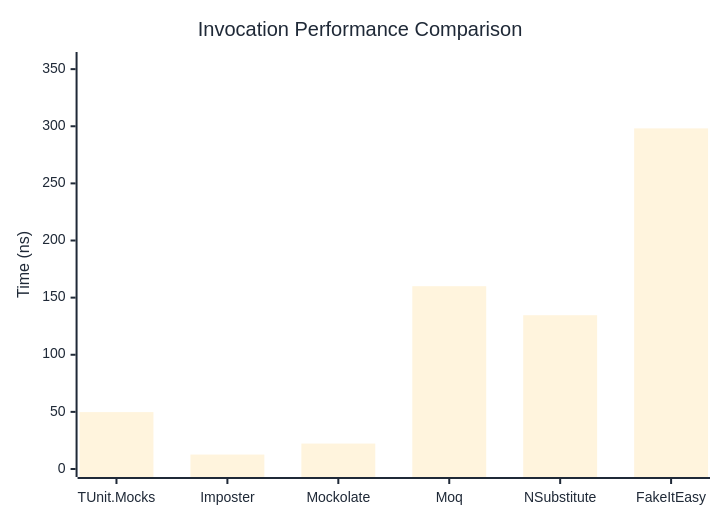
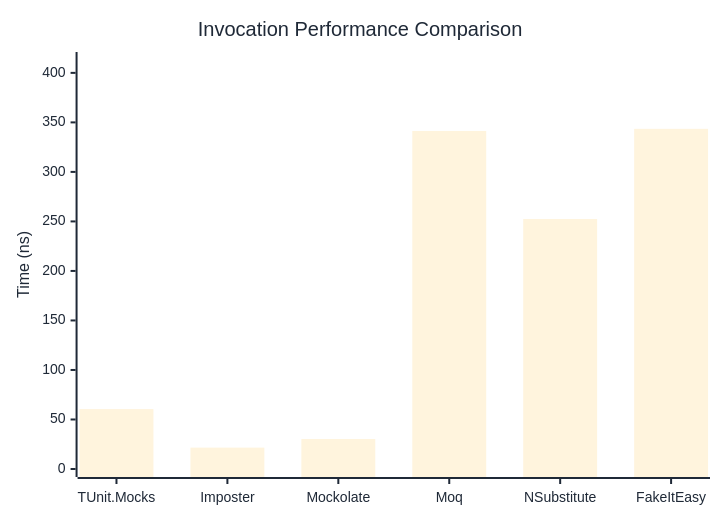
The second of 3 diagrams in docs/docs/benchmarks/mocks/Invocation.md (thomhurst/TUnit), drawn with Mermaid before and after one commit. The commit also changed other lines of this file and 14 other files, not shown here.

````diff
--- a/docs/docs/benchmarks/mocks/Invocation.md
+++ b/docs/docs/benchmarks/mocks/Invocation.md
@@ -71,27 +71,27 @@
 ```mermaid
 %%{init: {
   'theme':'base',
   'themeVariables': {
     'primaryColor': '#2563eb',
     'primaryTextColor': '#1f2937',
     'primaryBorderColor': '#1e40af',
     'lineColor': '#6b7280',
     'secondaryColor': '#7c3aed',
     'tertiaryColor': '#dc2626',
     'background': '#ffffff',
     'pie1': '#2563eb',
     'pie2': '#7c3aed',
     'pie3': '#dc2626',
     'pie4': '#f59e0b',
     'pie5': '#10b981',
     'pie6': '#06b6d4',
     'pie7': '#ec4899',
     'pie8': '#6366f1'
   }
 }}%%
 xychart-beta
   title "Invocation Performance Comparison"
   x-axis ["TUnit.Mocks", "Imposter", "Mockolate", "Moq", "NSubstitute", "FakeItEasy"]
-  y-axis "Time (ns)" 0 --> 358
-  bar [49.81, 12.65, 22.27, 160.02, 134.6, 298.13]
+  y-axis "Time (ns)" 0 --> 413
+  bar [60.51, 21.58, 30.26, 341.35, 252.46, 343.49]
 ```
````
